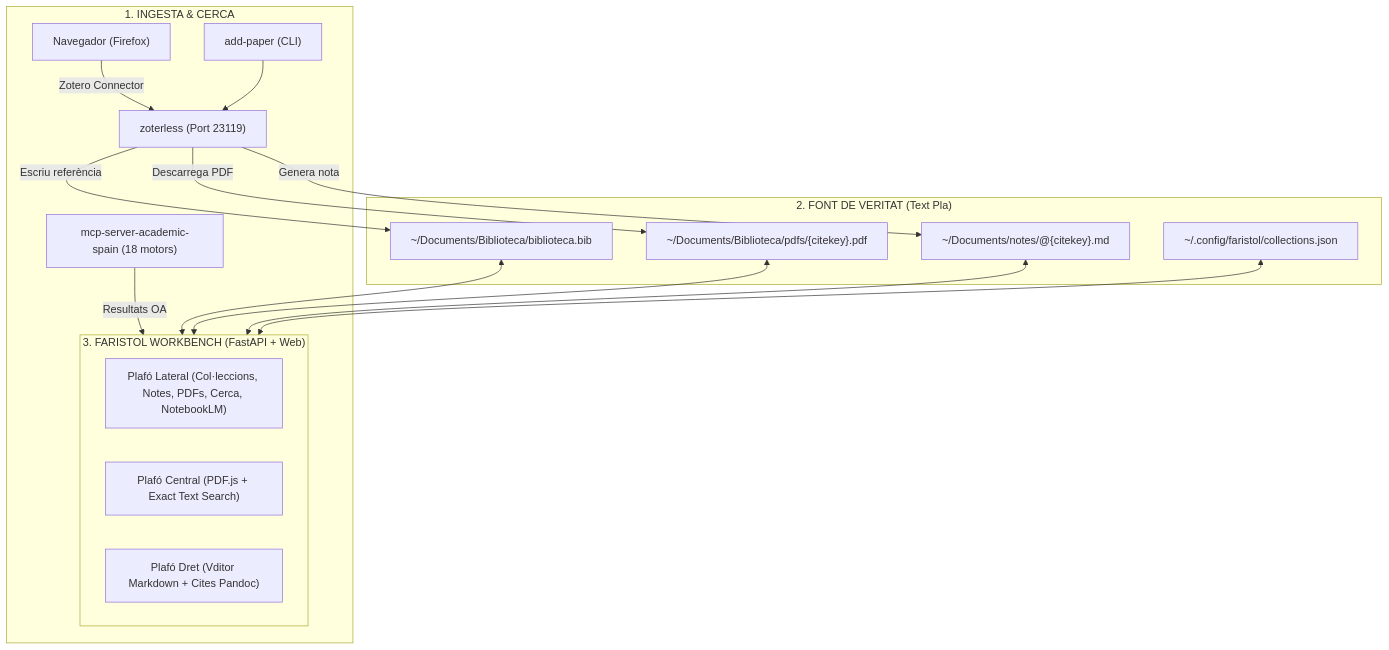
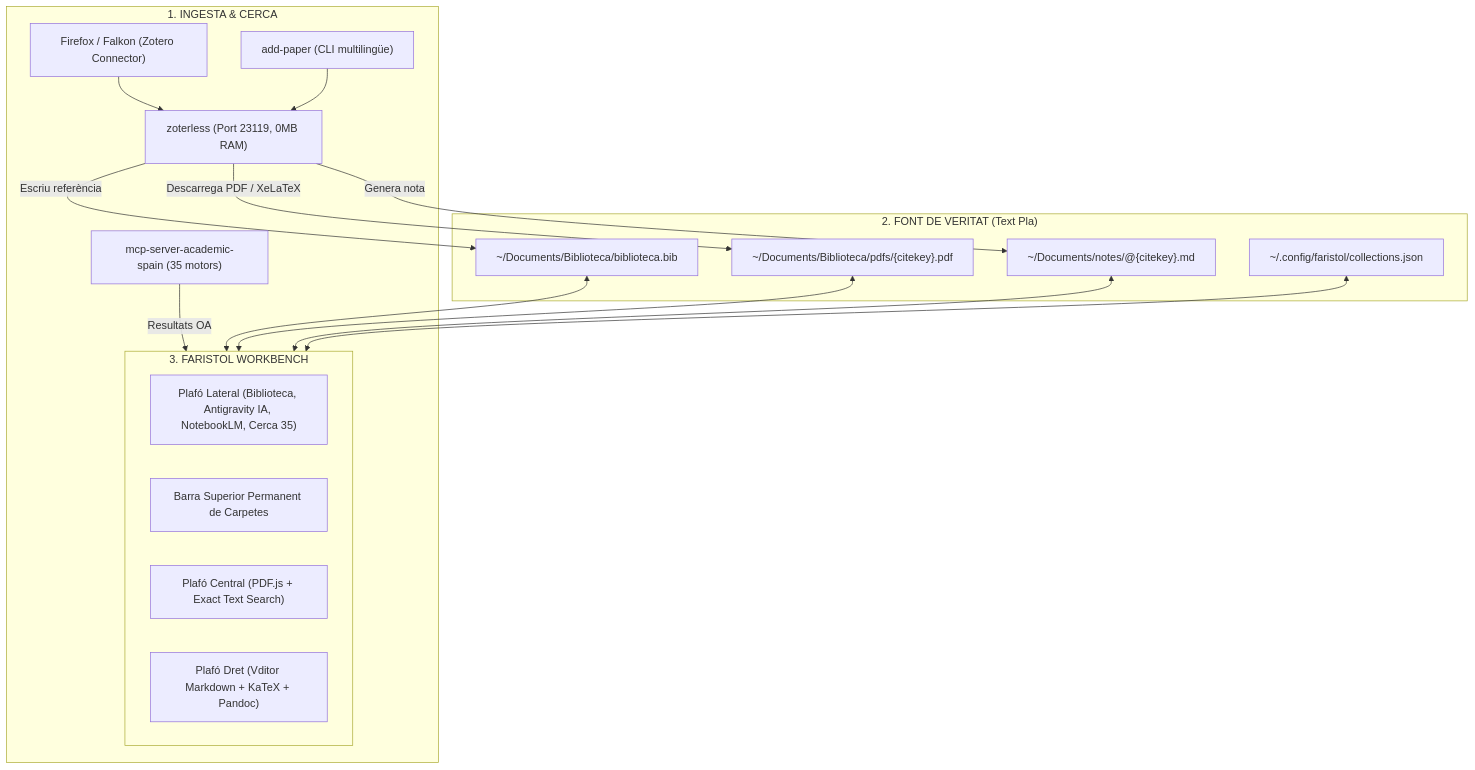
The diagram in README.md (CasimirVictoria/faristol), drawn with Mermaid before and after one commit. The commit also changed other lines of this file and 3 other files, not shown here.

Commit message:
feat: maquetació tiling, barra carpetes permanent, panell IA agy-bridge, xat RAG NotebookLM i visor dual PDF/HTML

````diff
--- a/README.md
+++ b/README.md
@@ -61,30 +73,31 @@
 ```mermaid
 flowchart TD
-    subgraph Fonts ["1. INGESTA & CERCA"]
-        Web["Navegador (Firefox)"] -->|Zotero Connector| ZL["zoterless (Port 23119)"]
-        CLI["add-paper (CLI)"] --> ZL
-        AS["mcp-server-academic-spain (18 motors)"] -->|Resultats OA| FaristolApp
+    subgraph Ingesta ["1. INGESTA & CERCA"]
+        Firefox["Firefox / Falkon (Zotero Connector)"] --> ZL["zoterless (Port 23119, 0MB RAM)"]
+        CLI["add-paper (CLI multilingüe)"] --> ZL
+        AS["mcp-server-academic-spain (35 motors)"] -->|Resultats OA| FaristolApp
     end
 
     subgraph Storage ["2. FONT DE VERITAT (Text Pla)"]
         Bib["~/Documents/Biblioteca/biblioteca.bib"]
         PDFs["~/Documents/Biblioteca/pdfs/{citekey}.pdf"]
         Notes["~/Documents/notes/@{citekey}.md"]
         Colls["~/.config/faristol/collections.json"]
     end
 
-    subgraph FaristolApp ["3. FARISTOL WORKBENCH (FastAPI + Web)"]
-        Sidebar["Plafó Lateral (Col·leccions, Notes, PDFs, Cerca, NotebookLM)"]
+    subgraph FaristolApp ["3. FARISTOL WORKBENCH"]
+        Sidebar["Plafó Lateral (Biblioteca, Antigravity IA, NotebookLM, Cerca 35)"]
+        TopBar["Barra Superior Permanent de Carpetes"]
         Viewer["Plafó Central (PDF.js + Exact Text Search)"]
-        Editor["Plafó Dret (Vditor Markdown + Cites Pandoc)"]
+        Editor["Plafó Dret (Vditor Markdown + KaTeX + Pandoc)"]
     end
 
     ZL -->|Escriu referència| Bib
-    ZL -->|Descarrega PDF| PDFs
+    ZL -->|Descarrega PDF / XeLaTeX| PDFs
     ZL -->|Genera nota| Notes
 
     Bib <--> FaristolApp
     PDFs <--> FaristolApp
     Notes <--> FaristolApp
     Colls <--> FaristolApp
 ```
````
